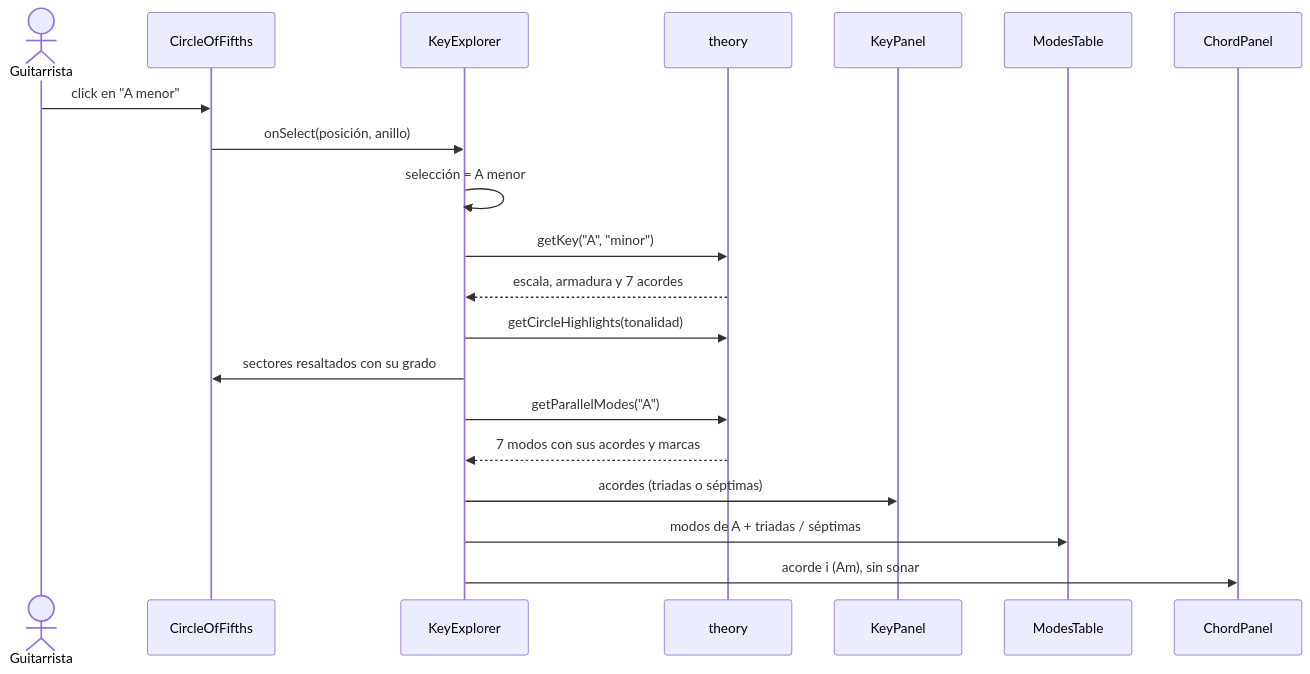
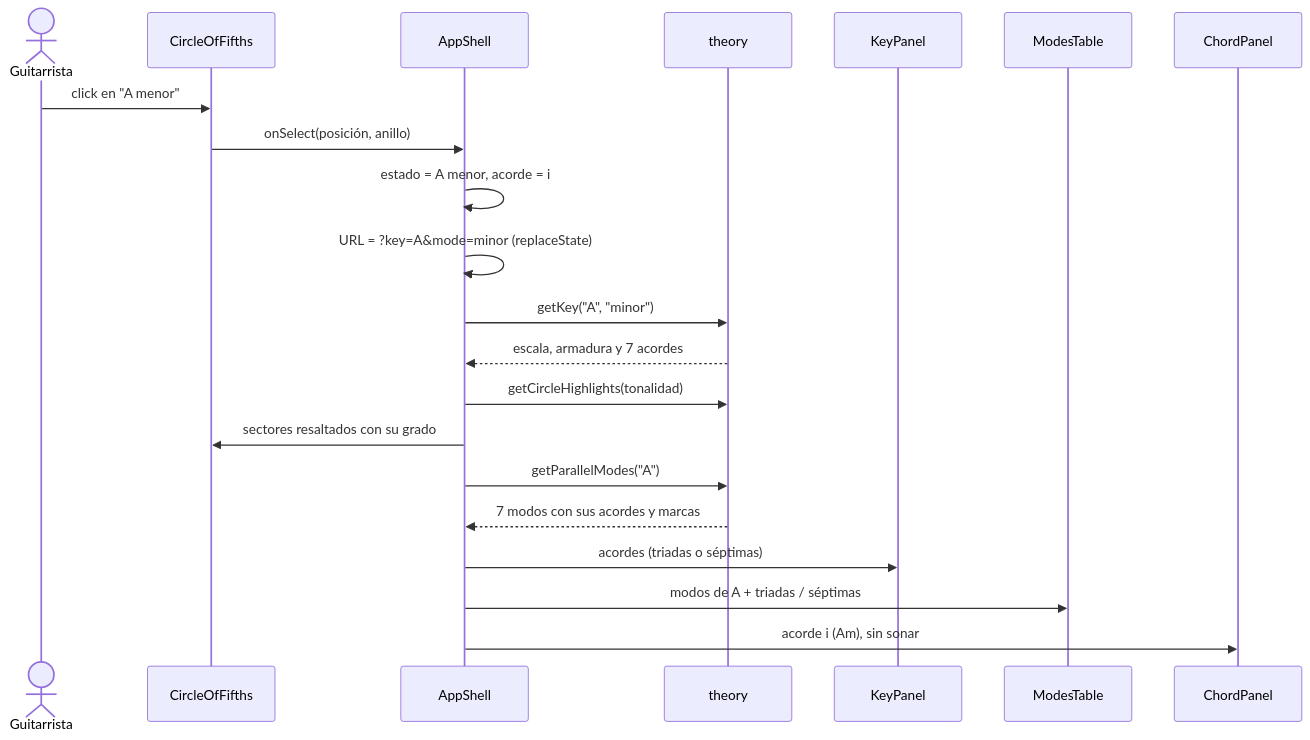
Before and after one commit to AndresPampa/cheetsheet-guitar: the second of 2 diagrams in README.md, drawn with Mermaid. The commit also changed other lines of this file and 6 other files, not shown here.

````diff
--- a/README.md
+++ b/README.md
@@ -106,23 +116,24 @@
 ```mermaid
 sequenceDiagram
     actor U as Guitarrista
     participant C as CircleOfFifths
-    participant E as KeyExplorer
+    participant E as AppShell
     participant T as theory
     participant P as KeyPanel
     participant M as ModesTable
     participant CP as ChordPanel
 
     U->>C: click en "A menor"
     C->>E: onSelect(posición, anillo)
-    E->>E: selección = A menor
+    E->>E: estado = A menor, acorde = i
+    E->>E: URL = ?key=A&mode=minor (replaceState)
     E->>T: getKey("A", "minor")
     T-->>E: escala, armadura y 7 acordes
     E->>T: getCircleHighlights(tonalidad)
     E->>C: sectores resaltados con su grado
     E->>T: getParallelModes("A")
     T-->>E: 7 modos con sus acordes y marcas
     E->>P: acordes (triadas o séptimas)
     E->>M: modos de A + triadas / séptimas
     E->>CP: acorde i (Am), sin sonar
 ```
````
